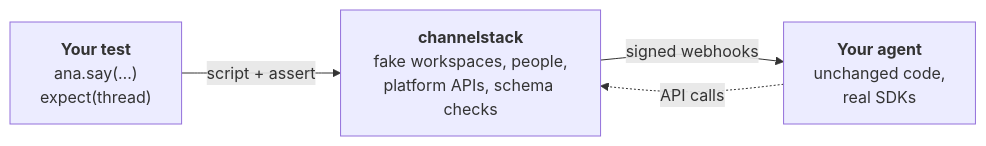
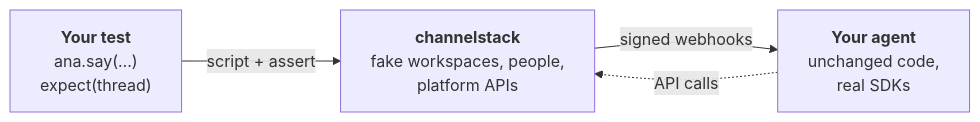
Before and after one commit to christian-bromann/channelstack: the diagram in README.md, drawn with Mermaid. The commit also changed other lines of this file, not shown here.

````diff
--- a/README.md
+++ b/README.md
@@ -60,9 +63,9 @@
 ```mermaid
 flowchart LR
   T["<b>Your test</b><br/>ana.say(…)<br/>expect(thread)"]
-  C["<b>channelstack</b><br/>fake workspaces, people,<br/>platform APIs, schema checks"]
+  C["<b>channelstack</b><br/>fake workspaces, people,<br/>platform APIs"]
   A["<b>Your agent</b><br/>unchanged code,<br/>real SDKs"]
   T -- "script + assert" --> C
   C -- "signed webhooks" --> A
   A -. "API calls" .-> C
 ```
````
